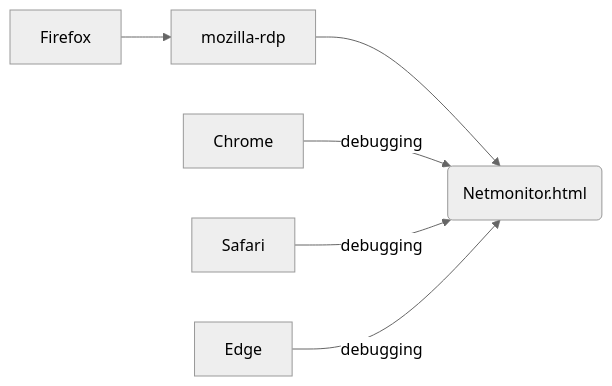
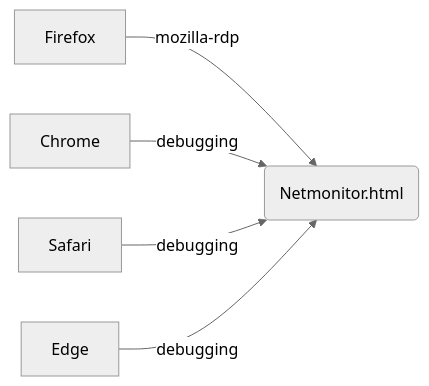
The second of 5 diagrams in source/_posts/current-progress-of-netmonitor-html.md (gasolin/blog), drawn with Mermaid (neutral theme) before and after one commit. The commit also changed other lines of this file, not shown here.

Commit message:
fix diagrams

```diff
--- a/source/_posts/current-progress-of-netmonitor-html.md
+++ b/source/_posts/current-progress-of-netmonitor-html.md
@@ -31,7 +30,7 @@
 {% mermaid %}
 graph LR
-Firefox --> mozilla-rdp --> netmonitor(Netmonitor.html)
+Firefox -- mozilla-rdp --> netmonitor(Netmonitor.html)
 Chrome -- debugging --> netmonitor
 Safari -- debugging --> netmonitor
 Edge -- debugging --> netmonitor
 {% endmermaid %}
```
